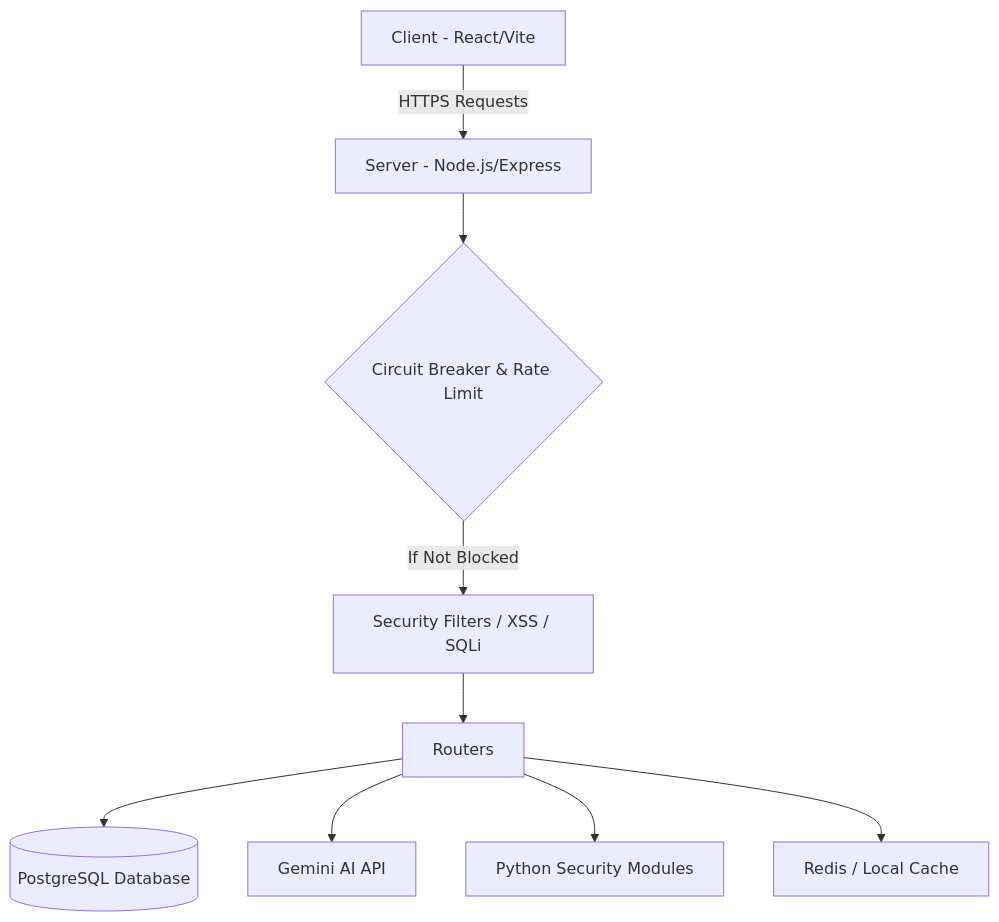
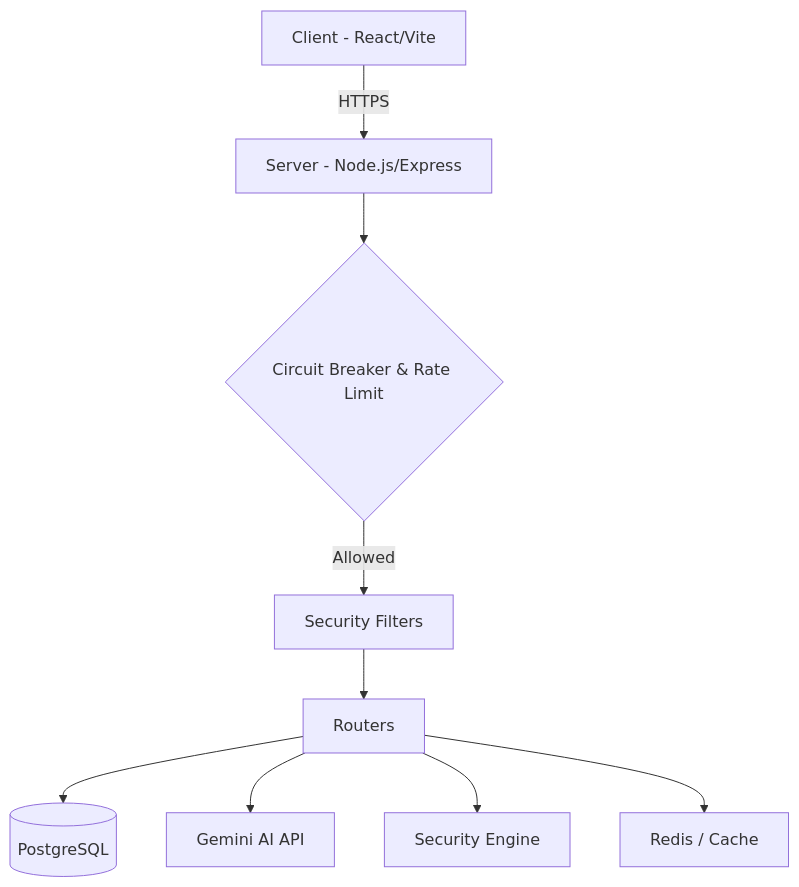
Before and after one commit to erensogutlu/Salus-AI: the second of 2 diagrams in README.md, drawn with Mermaid. The commit also changed other lines of this file, not shown here.

````diff
--- a/README.md
+++ b/README.md
@@ -197,11 +155,11 @@
 ```mermaid
 graph TD
-    A[Client - React/Vite] -- HTTPS Requests --> B[Server - Node.js/Express]
+    A[Client - React/Vite] -->|HTTPS| B[Server - Node.js/Express]
     B --> C{Circuit Breaker & Rate Limit}
-    C -- If Not Blocked --> D[Security Filters / XSS / SQLi]
+    C -->|Allowed| D[Security Filters]
     D --> E[Routers]
-    E --> F[(PostgreSQL Database)]
+    E --> F[(PostgreSQL)]
     E --> G[Gemini AI API]
-    E --> H[Python Security Modules]
-    E --> I[Redis / Local Cache]
+    E --> H[Security Engine]
+    E --> I[Redis / Cache]
 ```
````
